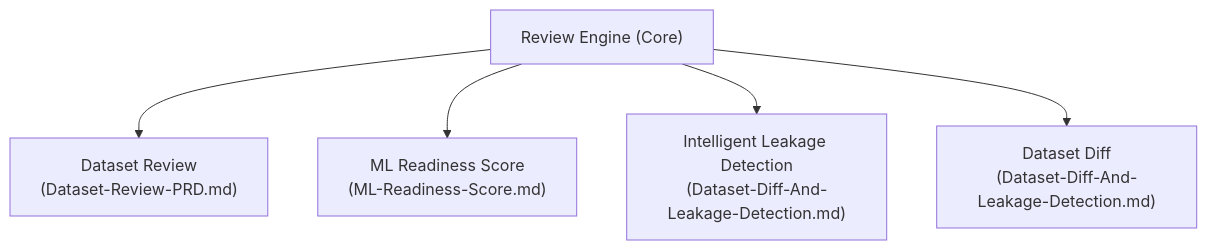
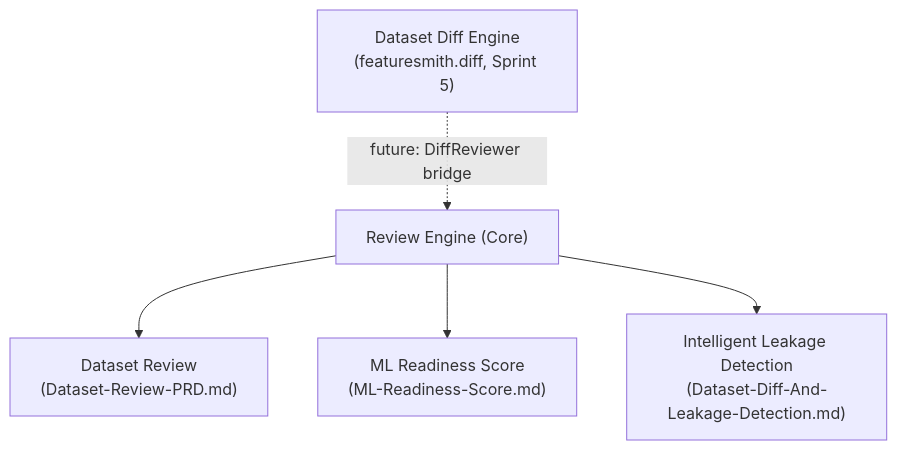
Before and after one commit to adityagangwani30/FeatureSmith: the first of 4 diagrams in docs/features/Review-Engine-Architecture.md, drawn with Mermaid. The commit also changed other lines of this file and 19 other files, not shown here.

Commit message:
feat(diff): implement standalone Dataset Diff Engine (Sprint 5)

````diff
--- a/docs/features/Review-Engine-Architecture.md
+++ b/docs/features/Review-Engine-Architecture.md
@@ -17,8 +17,9 @@
 ```mermaid
 flowchart TB
     RE["Review Engine (Core)"]
     RE --> DR["Dataset Review\n(Dataset-Review-PRD.md)"]
     RE --> MLR["ML Readiness Score\n(ML-Readiness-Score.md)"]
     RE --> ILD["Intelligent Leakage Detection\n(Dataset-Diff-And-Leakage-Detection.md)"]
-    RE --> DD["Dataset Diff\n(Dataset-Diff-And-Leakage-Detection.md)"]
+    DE["Dataset Diff Engine\n(featuresmith.diff, Sprint 5)"]
+    DE -.->|"future: DiffReviewer bridge"| RE
 ```
````
